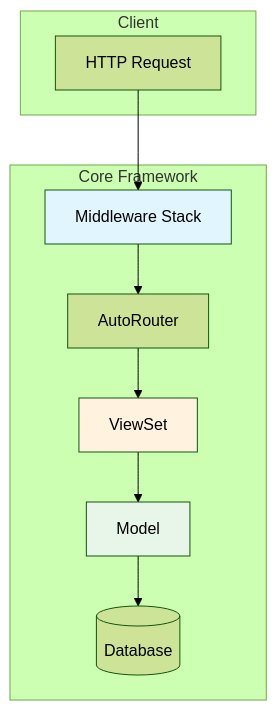
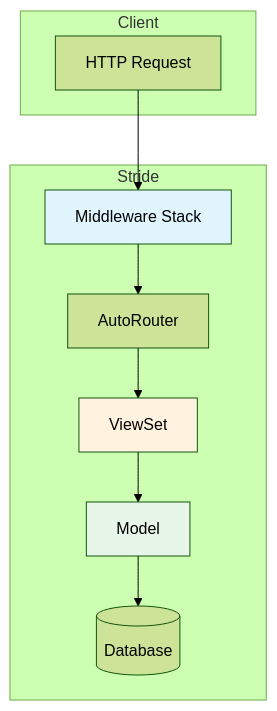
Before and after one commit to SorPuti/core-framework: the diagram in docs/01-quickstart.md, drawn with Mermaid (forest theme). The commit also changed other lines of this file and 432 other files, not shown here.

````diff
--- a/docs/01-quickstart.md
+++ b/docs/01-quickstart.md
@@ -7,24 +7,24 @@
 ```mermaid
 flowchart TB
     subgraph Client
         REQ[HTTP Request]
     end
     
-    subgraph "Core Framework"
+    subgraph "Stride"
         MW[Middleware Stack]
         RT[AutoRouter]
         VS[ViewSet]
         MD[Model]
         DB[(Database)]
     end
     
     REQ --> MW
     MW --> RT
     RT --> VS
     VS --> MD
     MD --> DB
     
     style MW fill:#e1f5fe
     style VS fill:#fff3e0
     style MD fill:#e8f5e9
 ```
````
